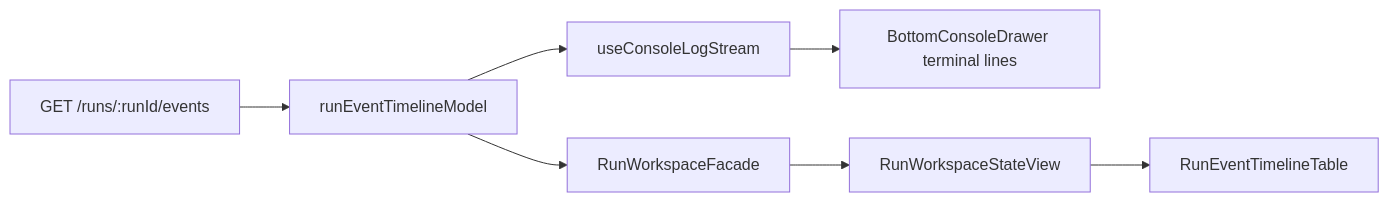
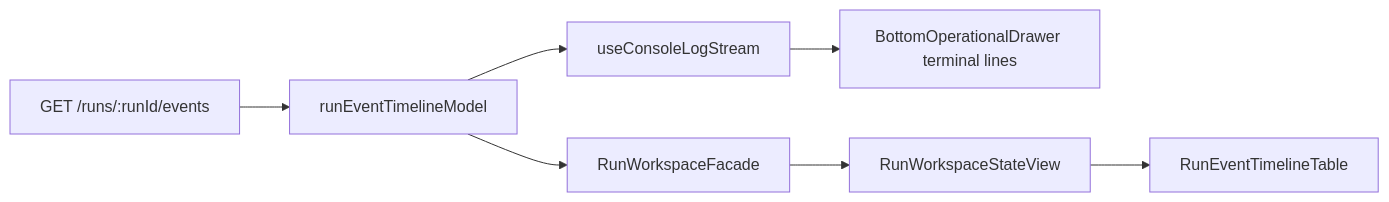
One commit to dunay2/dvt changed the third of 3 diagrams in docs/architecture/components/web/runs/dvt-runs-frontend-architecture.md. Above: the diagram before and after it, drawn with Mermaid. The commit also changed other lines of this file and 43 other files, not shown here.

Commit message:
refactor(web): Canonicalize bottom operational drawer

````diff
--- a/docs/architecture/components/web/runs/dvt-runs-frontend-architecture.md
+++ b/docs/architecture/components/web/runs/dvt-runs-frontend-architecture.md
@@ -168,9 +168,9 @@
 ```mermaid
 flowchart LR
   Events["GET /runs/:runId/events"] --> TimelineModel["runEventTimelineModel"]
-  TimelineModel --> Console["useConsoleLogStream"]
+  TimelineModel --> LiveLog["useConsoleLogStream"]
   TimelineModel --> Facade["RunWorkspaceFacade"]
-  Console --> Terminal["BottomConsoleDrawer terminal lines"]
+  LiveLog --> Terminal["BottomOperationalDrawer terminal lines"]
   Facade --> Workspace["RunWorkspaceStateView"]
   Workspace --> Table["RunEventTimelineTable"]
 ```
````
